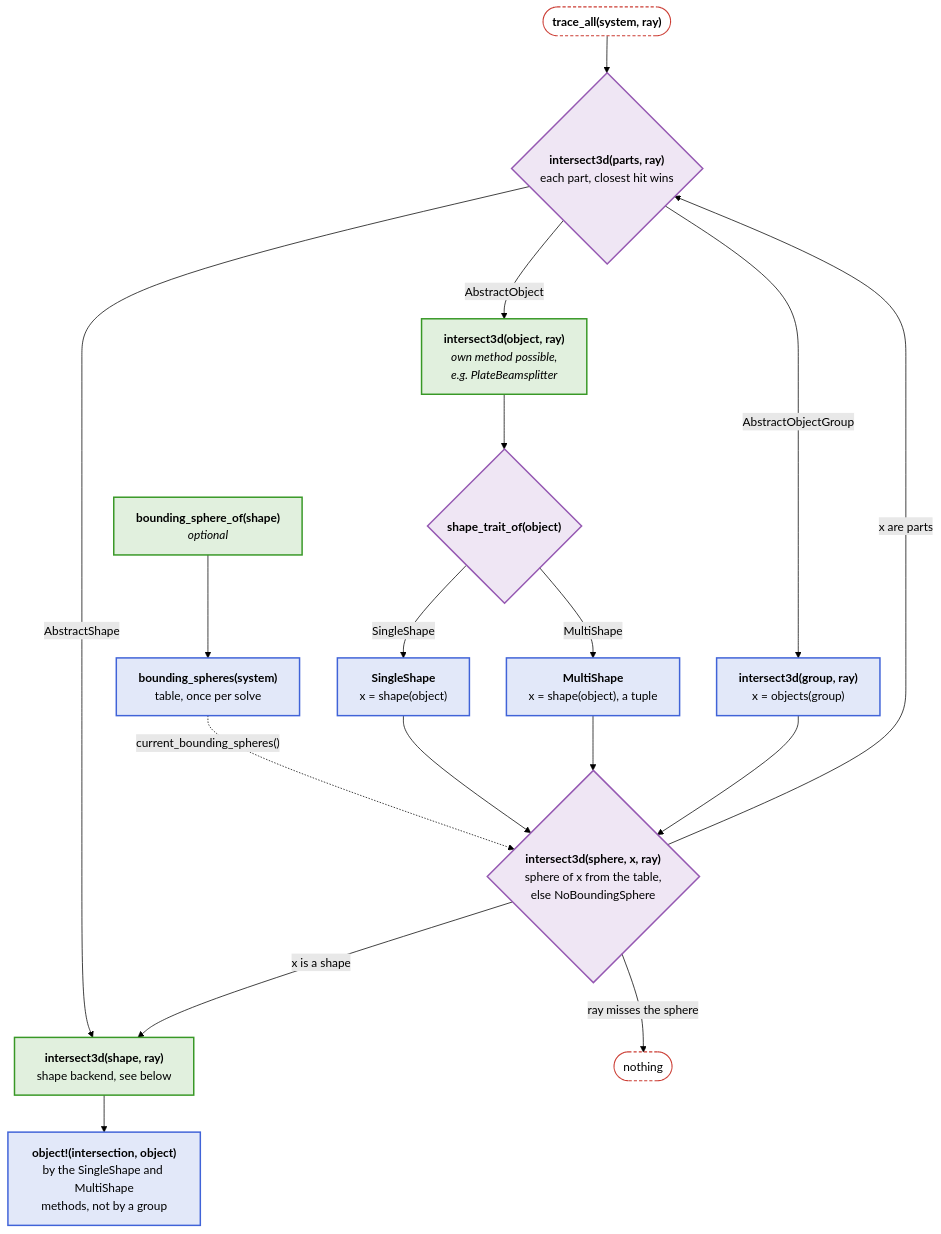
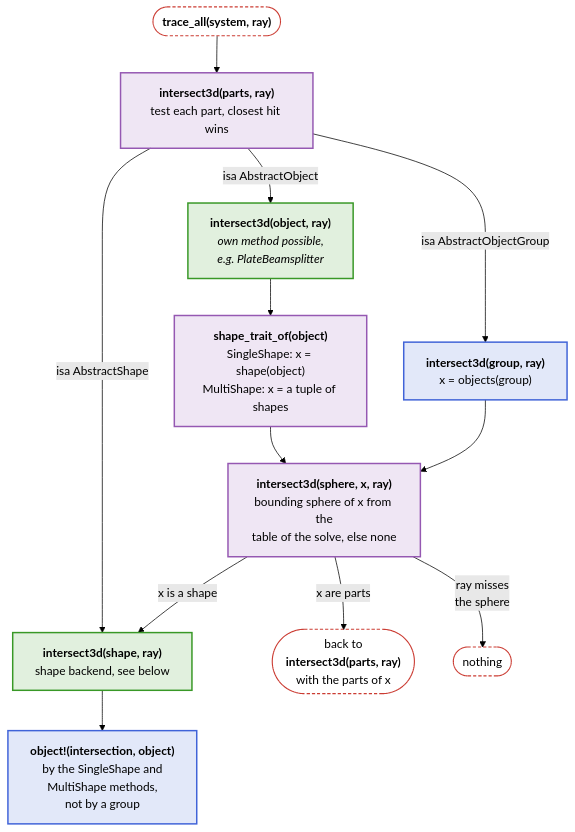
One commit to JuliaPhysics/BeamletOptics.jl changed the second of 6 diagrams in docs/src/api/core.md. Above: the diagram before and after it, drawn with Mermaid (forest theme). The commit also changed other lines of this file and 8 other files, not shown here.

First line of the commit message:
Docs: diagrams narrow and colored by group, rules in "Readable diagrams"

````diff
--- a/docs/src/api/core.md
+++ b/docs/src/api/core.md
@@ -62,40 +62,34 @@
 ```mermaid
 flowchart TB
     TA(["<b>trace_all(system, ray)</b>"])
-    BSO["<b>bounding_sphere_of(shape)</b><br/><i>optional</i>"]
-    TBL["<b>bounding_spheres(system)</b><br/>table, once per solve"]
-    P{"<b>intersect3d(parts, ray)</b><br/>each part, closest hit wins"}
+    P["<b>intersect3d(parts, ray)</b><br/>test each part, closest hit wins"]
     G["<b>intersect3d(group, ray)</b><br/>x = objects(group)"]
     OJ["<b>intersect3d(object, ray)</b><br/><i>own method possible,<br/>e.g. PlateBeamsplitter</i>"]
-    T{"<b>shape_trait_of(object)</b>"}
-    SS["<b>SingleShape</b><br/>x = shape(object)"]
-    MS["<b>MultiShape</b><br/>x = shape(object), a tuple"]
-    PT{"<b>intersect3d(sphere, x, ray)</b><br/>sphere of x from the table,<br/>else NoBoundingSphere"}
+    T["<b>shape_trait_of(object)</b><br/>SingleShape: x = shape(object)<br/>MultiShape: x = a tuple of shapes"]
+    PT["<b>intersect3d(sphere, x, ray)</b><br/>bounding sphere of x from the<br/>table of the solve, else none"]
     SH["<b>intersect3d(shape, ray)</b><br/>shape backend, see below"]
-    OBJ["<b>object!(intersection, object)</b><br/>by the SingleShape and MultiShape<br/>methods, not by a group"]
+    OBJ["<b>object!(intersection, object)</b><br/>by the SingleShape and<br/>MultiShape methods,<br/>not by a group"]
+    AGAIN(["back to<br/><b>intersect3d(parts, ray)</b><br/>with the parts of x"])
     MISS(["nothing"])
 
-    BSO --> TBL
-    TBL -. "current_bounding_spheres()" .-> PT
     TA --> P
-    P -- "AbstractObjectGroup" --> G
-    P -- "AbstractObject" --> OJ
-    P -- "AbstractShape" --> SH
+    P -- "isa AbstractObject" --> OJ
+    P -- "isa AbstractObjectGroup" --> G
+    P -- "isa AbstractShape" --> SH
     OJ --> T
-    T -- SingleShape --> SS --> PT
-    T -- MultiShape --> MS --> PT
+    T --> PT
     G --> PT
-    PT -- "ray misses the sphere" --> MISS
     PT -- "x is a shape" --> SH
-    PT -- "x are parts" --> P
+    PT -- "x are parts" --> AGAIN
+    PT -- "ray misses<br/>the sphere" --> MISS
     SH --> OBJ
 
     classDef blue fill:#4063D826,stroke:#4063D8,stroke-width:2px
     classDef green fill:#38982626,stroke:#389826,stroke-width:2px
     classDef purple fill:#9558B226,stroke:#9558B2,stroke-width:2px
     classDef terminal fill:transparent,stroke:#CB3C33,stroke-width:1.5px,stroke-dasharray:4 3
-    class TBL,G,SS,MS,OBJ blue
-    class BSO,OJ,SH green
+    class G,OBJ blue
+    class OJ,SH green
     class P,T,PT purple
-    class TA,MISS terminal
+    class TA,AGAIN,MISS terminal
 ```
````
